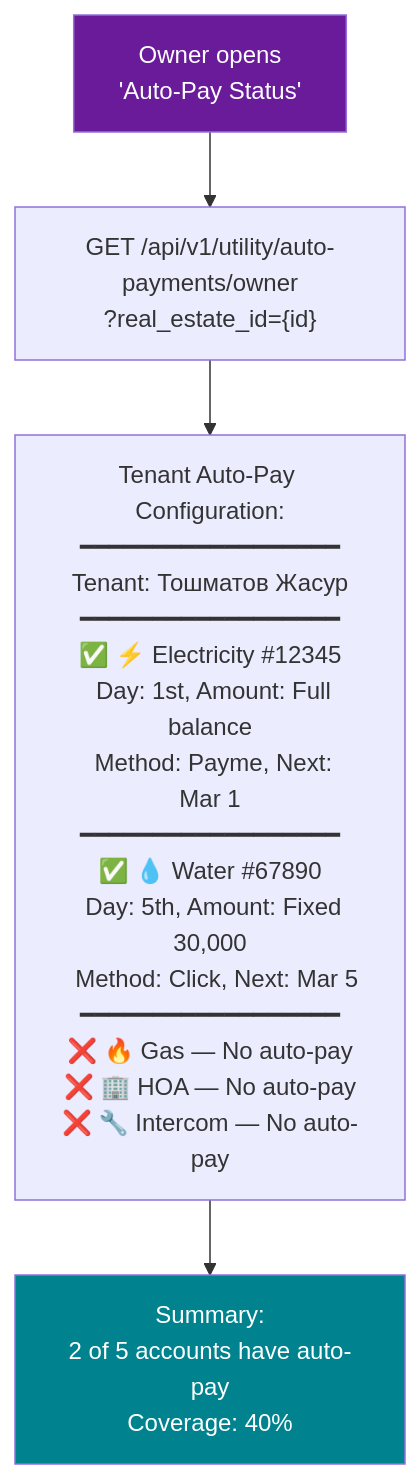
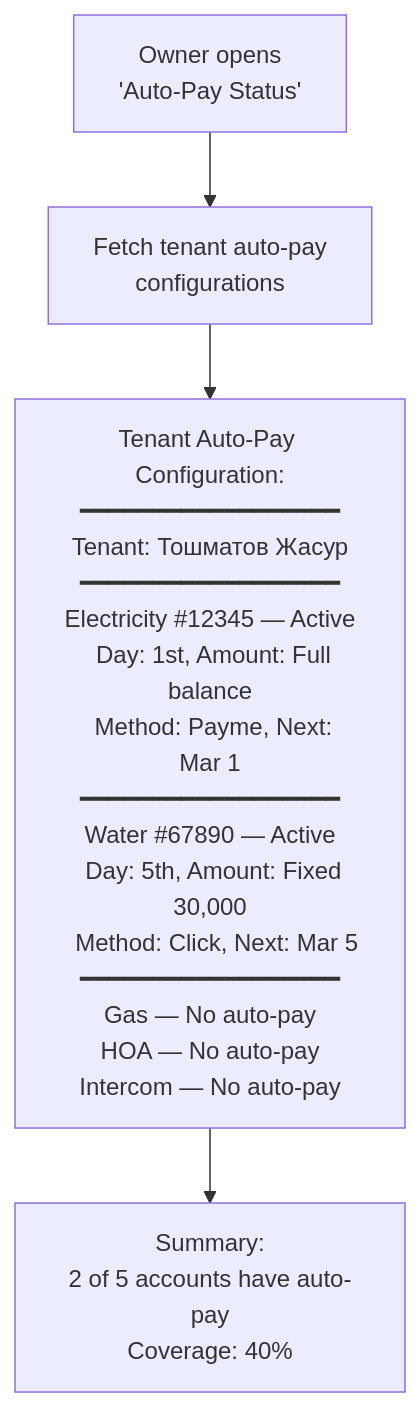
The ninth of 11 diagrams in Utilities - Business Owner.md (saodatm-dev/Utilities---Informational-Architecture), drawn with Mermaid before and after one commit. The commit also changed other lines of this file, not shown here.

Commit message:
refactor: Streamline Mermaid diagrams by removing icons, styling, and the 'Billing Management' flow, while expanding utility account details and removing backend notes.

````diff
--- a/Utilities - Business Owner.md
+++ b/Utilities - Business Owner.md
@@ -316,11 +276,8 @@
 ```mermaid
 flowchart TD
-    AUTOPAY["Owner opens<br/>'Auto-Pay Status'"] --> LOAD["GET /api/v1/utility/auto-payments/owner<br/>?real_estate_id={id}"]
+    AUTOPAY["Owner opens<br/>'Auto-Pay Status'"] --> LOAD["Fetch tenant auto-pay<br/>configurations"]
 
-    LOAD --> VIEW["Tenant Auto-Pay Configuration:<br/>━━━━━━━━━━━━━━━━━━<br/>Tenant: Тошматов Жасур<br/>━━━━━━━━━━━━━━━━━━<br/>✅ ⚡ Electricity #12345<br/>  Day: 1st, Amount: Full balance<br/>  Method: Payme, Next: Mar 1<br/>━━━━━━━━━━━━━━━━━━<br/>✅ 💧 Water #67890<br/>  Day: 5th, Amount: Fixed 30,000<br/>  Method: Click, Next: Mar 5<br/>━━━━━━━━━━━━━━━━━━<br/>❌ 🔥 Gas — No auto-pay<br/>❌ 🏢 HOA — No auto-pay<br/>❌ 🔧 Intercom — No auto-pay"]
+    LOAD --> VIEW["Tenant Auto-Pay Configuration:<br/>━━━━━━━━━━━━━━━━━━<br/>Tenant: Тошматов Жасур<br/>━━━━━━━━━━━━━━━━━━<br/>Electricity #12345 — Active<br/>  Day: 1st, Amount: Full balance<br/>  Method: Payme, Next: Mar 1<br/>━━━━━━━━━━━━━━━━━━<br/>Water #67890 — Active<br/>  Day: 5th, Amount: Fixed 30,000<br/>  Method: Click, Next: Mar 5<br/>━━━━━━━━━━━━━━━━━━<br/>Gas — No auto-pay<br/>HOA — No auto-pay<br/>Intercom — No auto-pay"]
 
     VIEW --> SUMMARY["Summary:<br/>2 of 5 accounts have auto-pay<br/>Coverage: 40%"]
-
-    style AUTOPAY fill:#6A1B9A,color:#fff
-    style SUMMARY fill:#00838F,color:#fff
 ```
````
